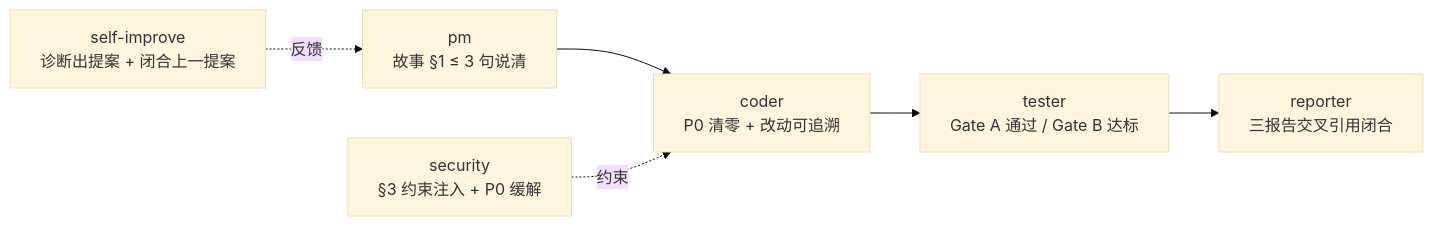
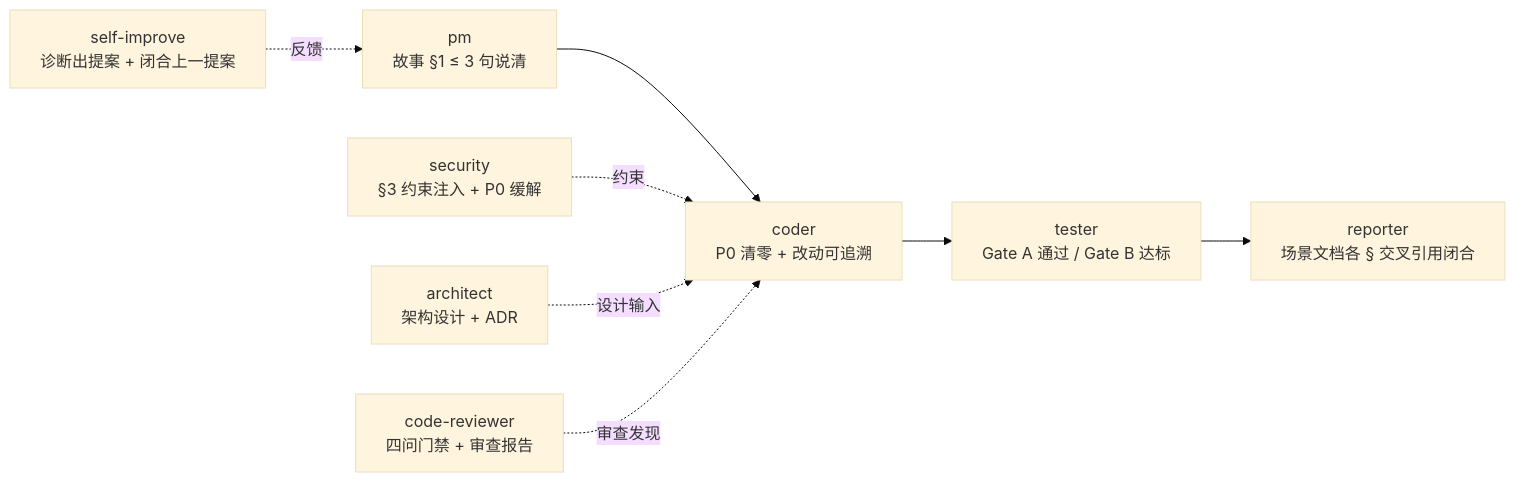
The fifth of 8 diagrams in agents/AGENT.md (effiy/YrY), drawn with Mermaid (base theme) before and after one commit. The commit also changed other lines of this file and 37 other files, not shown here.

````diff
--- a/agents/AGENT.md
+++ b/agents/AGENT.md
@@ -136,9 +149,11 @@
 ```mermaid
 flowchart LR
     pm["pm<br/>故事 §1 ≤ 3 句说清"]:::src --> coder["coder<br/>P0 清零 + 改动可追溯"]:::dst
     coder --> tester["tester<br/>Gate A 通过 / Gate B 达标"]:::dst
-    tester --> reporter["reporter<br/>三报告交叉引用闭合"]:::dst
+    tester --> reporter["reporter<br/>场景文档各 § 交叉引用闭合"]:::dst
     security["security<br/>§3 约束注入 + P0 缓解"]:::src -.约束.-> coder
     si["self-improve<br/>诊断出提案 + 闭合上一提案"]:::src -.反馈.-> pm
+    architect["architect<br/>架构设计 + ADR"]:::src -.设计输入.-> coder
+    cr["code-reviewer<br/>四问门禁 + 审查报告"]:::src -.审查发现.-> coder
 
 ```
````
